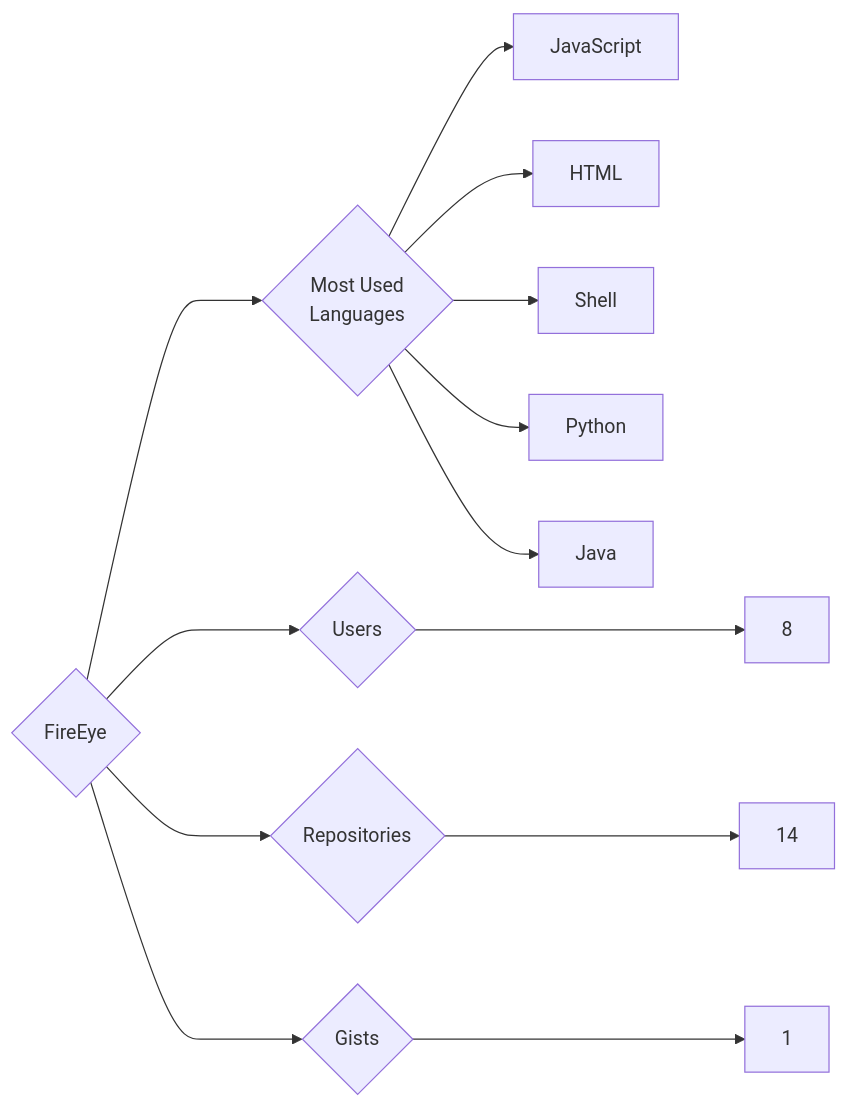
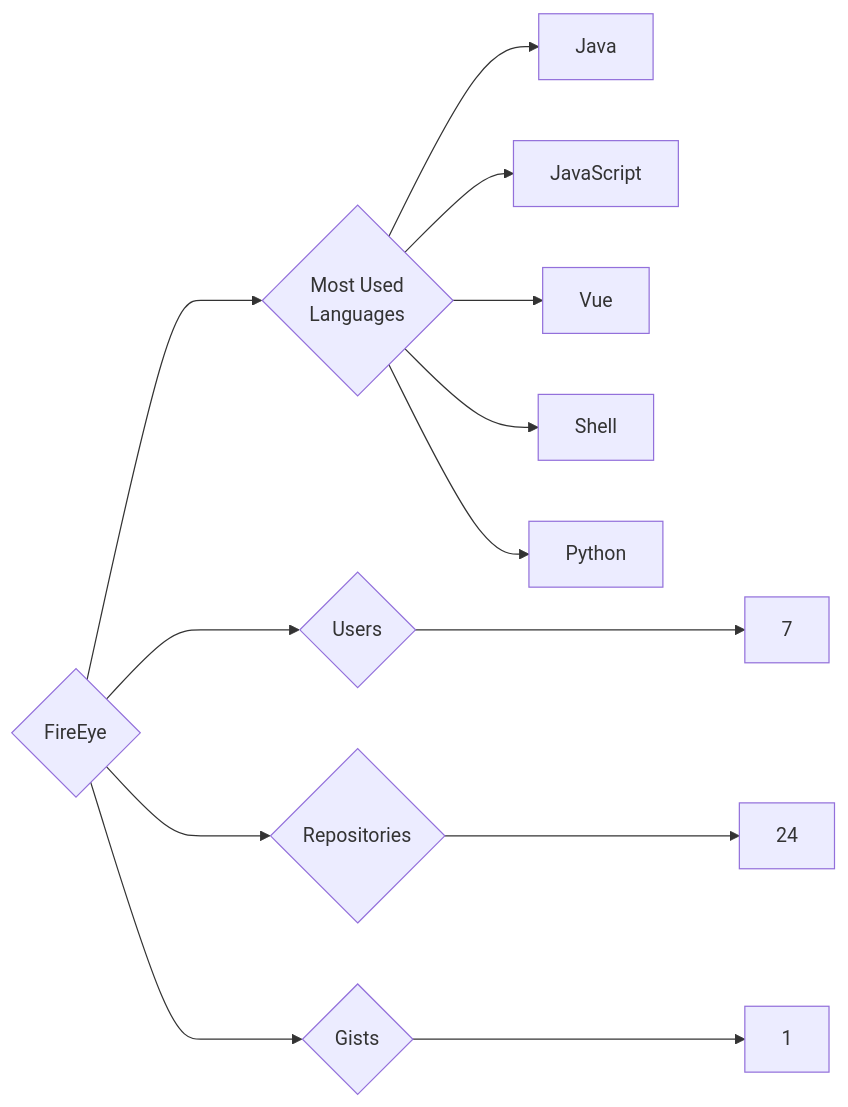
One commit to trickest/insiders changed the diagram in targets/FireEye/README.md. Above: the diagram before and after it, drawn with Mermaid. The commit also changed 1170 other files, not shown here.

````diff
--- a/targets/FireEye/README.md
+++ b/targets/FireEye/README.md
@@ -3,13 +3,13 @@
 ```mermaid
 graph LR
 COMPANY_NAME{FireEye}
-COMPANY_NAME ---> U{Users} ---> UN[8]
-COMPANY_NAME ---> R{Repositories} ---> RN[14]
+COMPANY_NAME ---> U{Users} ---> UN[7]
+COMPANY_NAME ---> R{Repositories} ---> RN[24]
 COMPANY_NAME ---> G{Gists} ---> GN[1]
 COMPANY_NAME ---> ML{Most Used<br>Languages}
+ML --> Java[Java]
 ML --> JavaScript[JavaScript]
-ML --> HTML[HTML]
+ML --> Vue[Vue]
 ML --> Shell[Shell]
 ML --> Python[Python]
-ML --> Java[Java]
 ```
````
